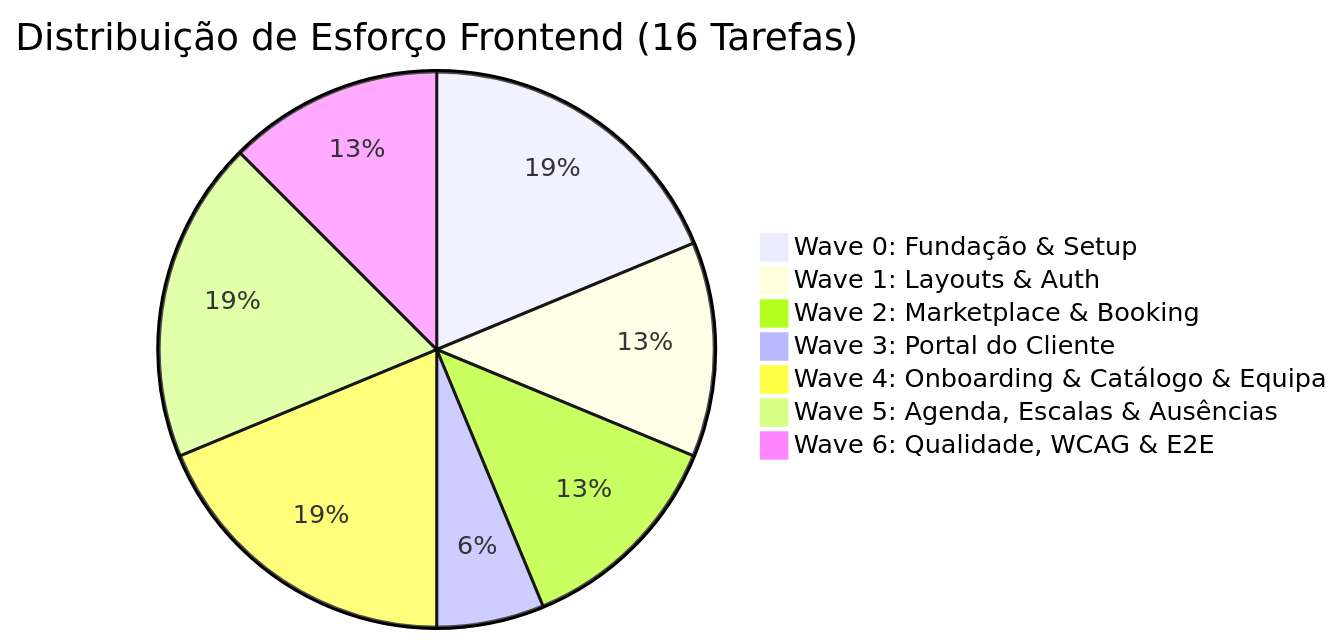
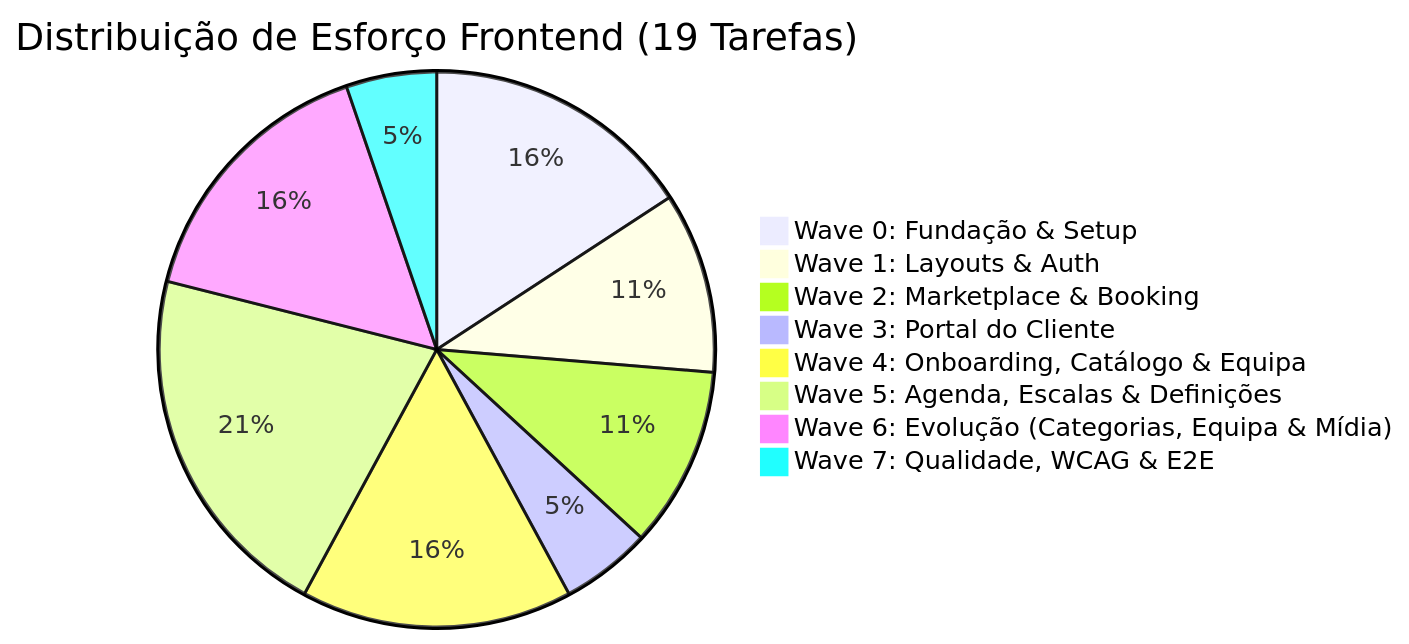
The diagram in MEMORY.md (Leonildo-Gomes/perola-frontend), drawn with Mermaid before and after one commit. The commit also changed other lines of this file and 22 other files, not shown here.

````diff
--- a/MEMORY.md
+++ b/MEMORY.md
@@ -138,10 +138,11 @@
 ```mermaid
-pie title Distribuição de Esforço Frontend (16 Tarefas)
+pie title Distribuição de Esforço Frontend (19 Tarefas)
     "Wave 0: Fundação & Setup" : 3
     "Wave 1: Layouts & Auth" : 2
     "Wave 2: Marketplace & Booking" : 2
     "Wave 3: Portal do Cliente" : 1
-    "Wave 4: Onboarding & Catálogo & Equipa" : 3
-    "Wave 5: Agenda, Escalas & Ausências" : 3
-    "Wave 6: Qualidade, WCAG & E2E" : 2
+    "Wave 4: Onboarding, Catálogo & Equipa" : 3
+    "Wave 5: Agenda, Escalas & Definições" : 4
+    "Wave 6: Evolução (Categorias, Equipa & Mídia)" : 3
+    "Wave 7: Qualidade, WCAG & E2E" : 1
 ```
````
